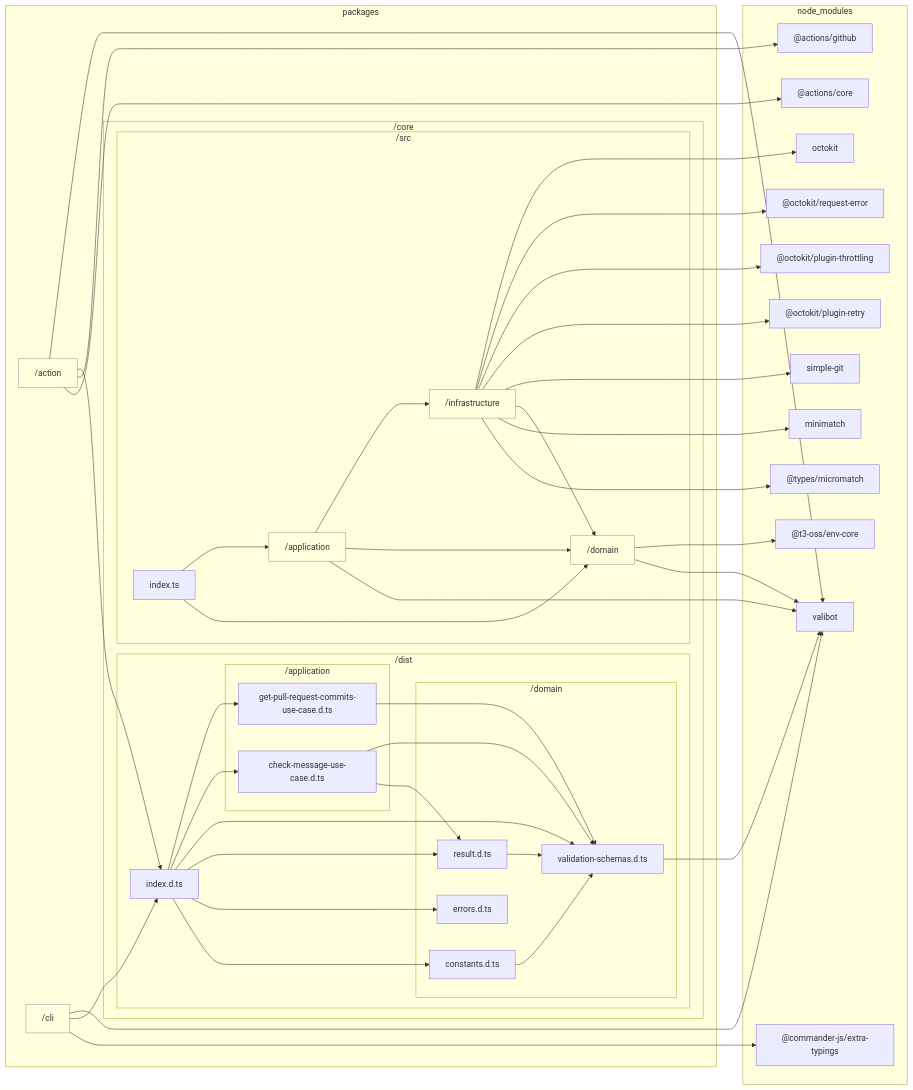
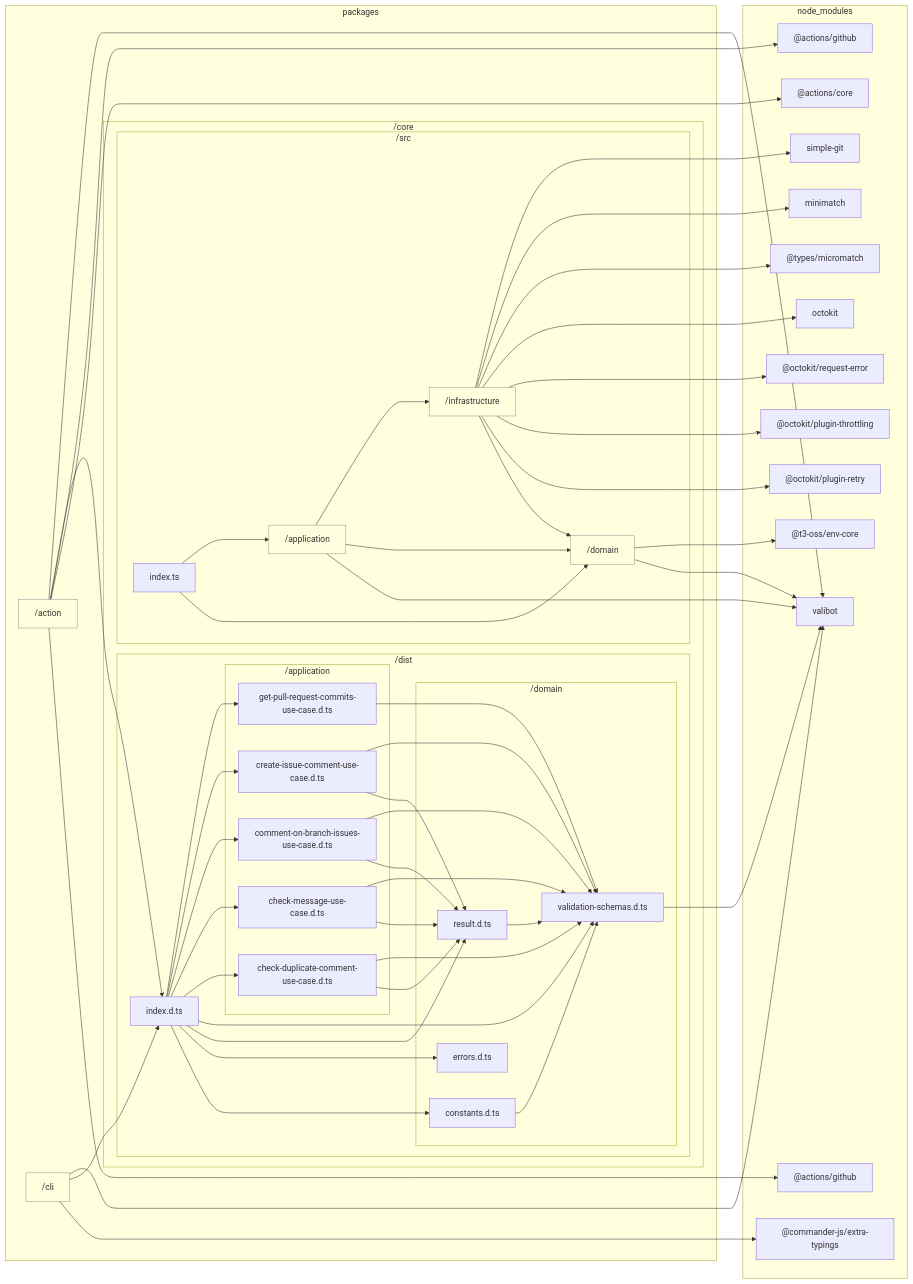
The diagram in docs/reports/dependencies/core-architecture.md (sugurutakahashi-1234/issue-linker), drawn with Mermaid before and after one commit. The commit also changed 18 other files, not shown here.

First line of the commit message:
feat: add GitHub Actions helpers for branch name extraction [deps-change]

````diff
--- a/docs/reports/dependencies/core-architecture.md
+++ b/docs/reports/dependencies/core-architecture.md
@@ -20,7 +20,10 @@
                     packages/core/dist/domain/result.d.ts["result.d.ts"]
                 end
                 subgraph packages/core/dist/application["/application"]
+                    packages/core/dist/application/check//duplicate//comment//use//case.d.ts["check-duplicate-comment-use-case.d.ts"]
                     packages/core/dist/application/check//message//use//case.d.ts["check-message-use-case.d.ts"]
+                    packages/core/dist/application/comment//on//branch//issues//use//case.d.ts["comment-on-branch-issues-use-case.d.ts"]
+                    packages/core/dist/application/create//issue//comment//use//case.d.ts["create-issue-comment-use-case.d.ts"]
                     packages/core/dist/application/get//pull//request//commits//use//case.d.ts["get-pull-request-commits-use-case.d.ts"]
                 end
             end
@@ -33,30 +36,41 @@
         end
     end
     subgraph node//modules["node_modules"]
+        node//modules///actions/github/lib/context.d.ts["@actions/github"]
         node//modules/valibot/dist/index.d.cts["valibot"]
         node//modules///actions/core/lib/core.d.ts["@actions/core"]
         node//modules///actions/github/lib/github.d.ts["@actions/github"]
         node//modules///commander//js/extra//typings/index.d.ts["@commander-js/extra-typings"]
-        node//modules///types/micromatch/index.d.ts["@types/micromatch"]
-        node//modules/minimatch/dist/commonjs/index.d.ts["minimatch"]
         node//modules///t3//oss/env//core/dist/index.d.ts["@t3-oss/env-core"]
-        node//modules/simple//git/dist/typings/index.d.ts["simple-git"]
         node//modules///octokit/plugin//retry/dist//types/index.d.ts["@octokit/plugin-retry"]
         node//modules///octokit/plugin//throttling/dist//types/index.d.ts["@octokit/plugin-throttling"]
         node//modules///octokit/request//error/dist//types/index.d.ts["@octokit/request-error"]
         node//modules/octokit/dist//types/index.d.ts["octokit"]
+        node//modules///types/micromatch/index.d.ts["@types/micromatch"]
+        node//modules/minimatch/dist/commonjs/index.d.ts["minimatch"]
+        node//modules/simple//git/dist/typings/index.d.ts["simple-git"]
     end
+    packages/action-->node//modules///actions/github/lib/context.d.ts
     packages/core/dist/domain/validation//schemas.d.ts-->node//modules/valibot/dist/index.d.cts
     packages/core/dist/domain/constants.d.ts-->packages/core/dist/domain/validation//schemas.d.ts
     packages/core/dist/domain/result.d.ts-->packages/core/dist/domain/validation//schemas.d.ts
+    packages/core/dist/application/check//duplicate//comment//use//case.d.ts-->packages/core/dist/domain/result.d.ts
+    packages/core/dist/application/check//duplicate//comment//use//case.d.ts-->packages/core/dist/domain/validation//schemas.d.ts
     packages/core/dist/application/check//message//use//case.d.ts-->packages/core/dist/domain/result.d.ts
     packages/core/dist/application/check//message//use//case.d.ts-->packages/core/dist/domain/validation//schemas.d.ts
+    packages/core/dist/application/comment//on//branch//issues//use//case.d.ts-->packages/core/dist/domain/result.d.ts
+    packages/core/dist/application/comment//on//branch//issues//use//case.d.ts-->packages/core/dist/domain/validation//schemas.d.ts
+    packages/core/dist/application/create//issue//comment//use//case.d.ts-->packages/core/dist/domain/result.d.ts
+    packages/core/dist/application/create//issue//comment//use//case.d.ts-->packages/core/dist/domain/validation//schemas.d.ts
     packages/core/dist/application/get//pull//request//commits//use//case.d.ts-->packages/core/dist/domain/validation//schemas.d.ts
     packages/core/dist/index.d.ts-->packages/core/dist/domain/constants.d.ts
     packages/core/dist/index.d.ts-->packages/core/dist/domain/errors.d.ts
     packages/core/dist/index.d.ts-->packages/core/dist/domain/result.d.ts
     packages/core/dist/index.d.ts-->packages/core/dist/domain/validation//schemas.d.ts
+    packages/core/dist/index.d.ts-->packages/core/dist/application/check//duplicate//comment//use//case.d.ts
     packages/core/dist/index.d.ts-->packages/core/dist/application/check//message//use//case.d.ts
+    packages/core/dist/index.d.ts-->packages/core/dist/application/comment//on//branch//issues//use//case.d.ts
+    packages/core/dist/index.d.ts-->packages/core/dist/application/create//issue//comment//use//case.d.ts
     packages/core/dist/index.d.ts-->packages/core/dist/application/get//pull//request//commits//use//case.d.ts
     packages/action-->node//modules///actions/core/lib/core.d.ts
     packages/action-->node//modules///actions/github/lib/github.d.ts
@@ -66,11 +80,8 @@
     packages/cli-->packages/core/dist/index.d.ts
     packages/cli-->node//modules/valibot/dist/index.d.cts
     packages/core/src/domain-->node//modules/valibot/dist/index.d.cts
-    packages/core/src/infrastructure-->node//modules///types/micromatch/index.d.ts
-    packages/core/src/infrastructure-->node//modules/minimatch/dist/commonjs/index.d.ts
+    packages/core/src/domain-->node//modules///t3//oss/env//core/dist/index.d.ts
     packages/core/src/infrastructure-->packages/core/src/domain
-    packages/core/src/domain-->node//modules///t3//oss/env//core/dist/index.d.ts
-    packages/core/src/infrastructure-->node//modules/simple//git/dist/typings/index.d.ts
     packages/core/src/infrastructure-->node//modules///octokit/plugin//retry/dist//types/index.d.ts
     packages/core/src/infrastructure-->node//modules///octokit/plugin//throttling/dist//types/index.d.ts
     packages/core/src/infrastructure-->node//modules///octokit/request//error/dist//types/index.d.ts
@@ -78,6 +89,9 @@
     packages/core/src/application-->node//modules/valibot/dist/index.d.cts
     packages/core/src/application-->packages/core/src/domain
     packages/core/src/application-->packages/core/src/infrastructure
+    packages/core/src/infrastructure-->node//modules///types/micromatch/index.d.ts
+    packages/core/src/infrastructure-->node//modules/minimatch/dist/commonjs/index.d.ts
+    packages/core/src/infrastructure-->node//modules/simple//git/dist/typings/index.d.ts
     packages/core/src/index.ts-->packages/core/src/domain
     packages/core/src/index.ts-->packages/core/src/application
 ```
````
